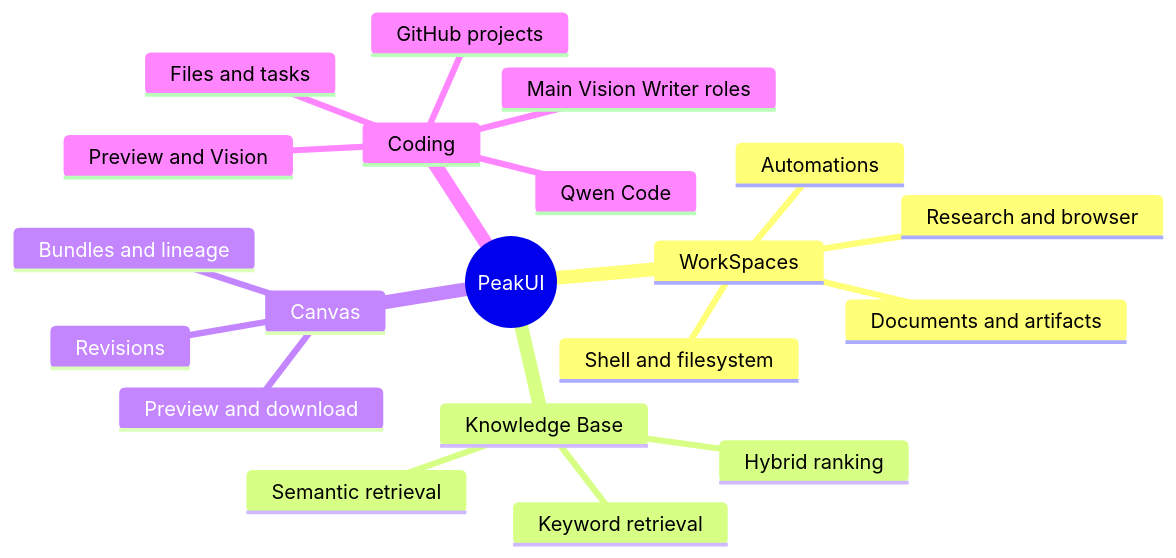
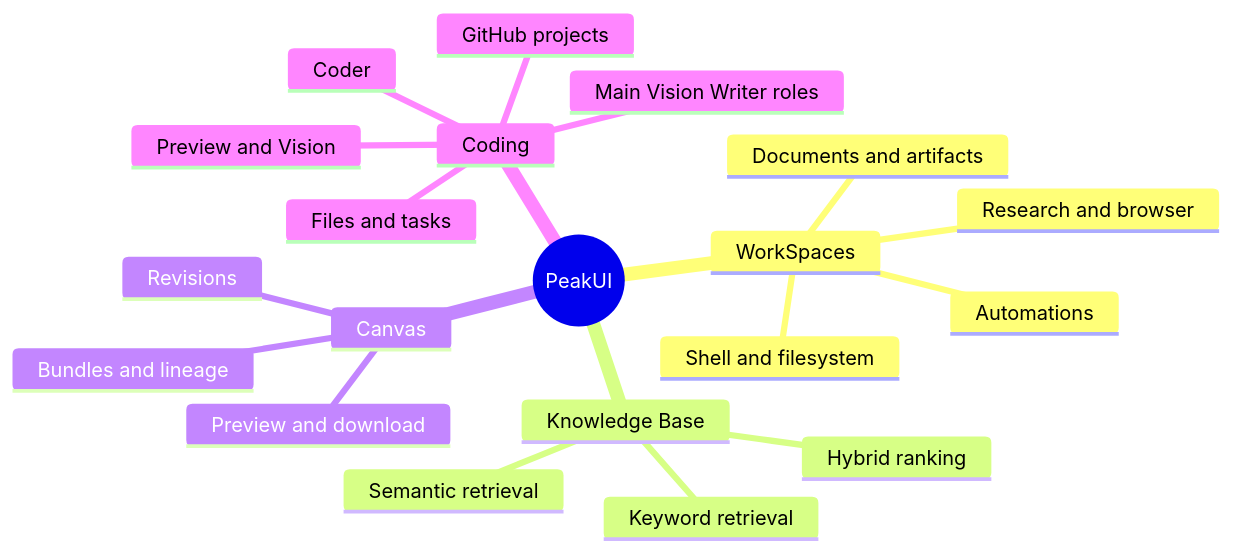
One commit to rajatalha150/PeakUI changed the sixth of 7 diagrams in README.md. Above: the diagram before and after it, drawn with Mermaid. The commit also changed other lines of this file and 39 other files, not shown here.

First line of the commit message:
refactor(coder): rename Qwen branding to Coder throughout the coding surface

````diff
--- a/README.md
+++ b/README.md
@@ -161,23 +161,23 @@
 ```mermaid
 mindmap
   root((PeakUI))
     WorkSpaces
       Research and browser
       Shell and filesystem
       Documents and artifacts
       Automations
     Knowledge Base
       Semantic retrieval
       Keyword retrieval
       Hybrid ranking
     Canvas
       Revisions
       Preview and download
       Bundles and lineage
     Coding
-      Qwen Code
+      Coder
       Files and tasks
       GitHub projects
       Preview and Vision
       Main Vision Writer roles
 ```
````
